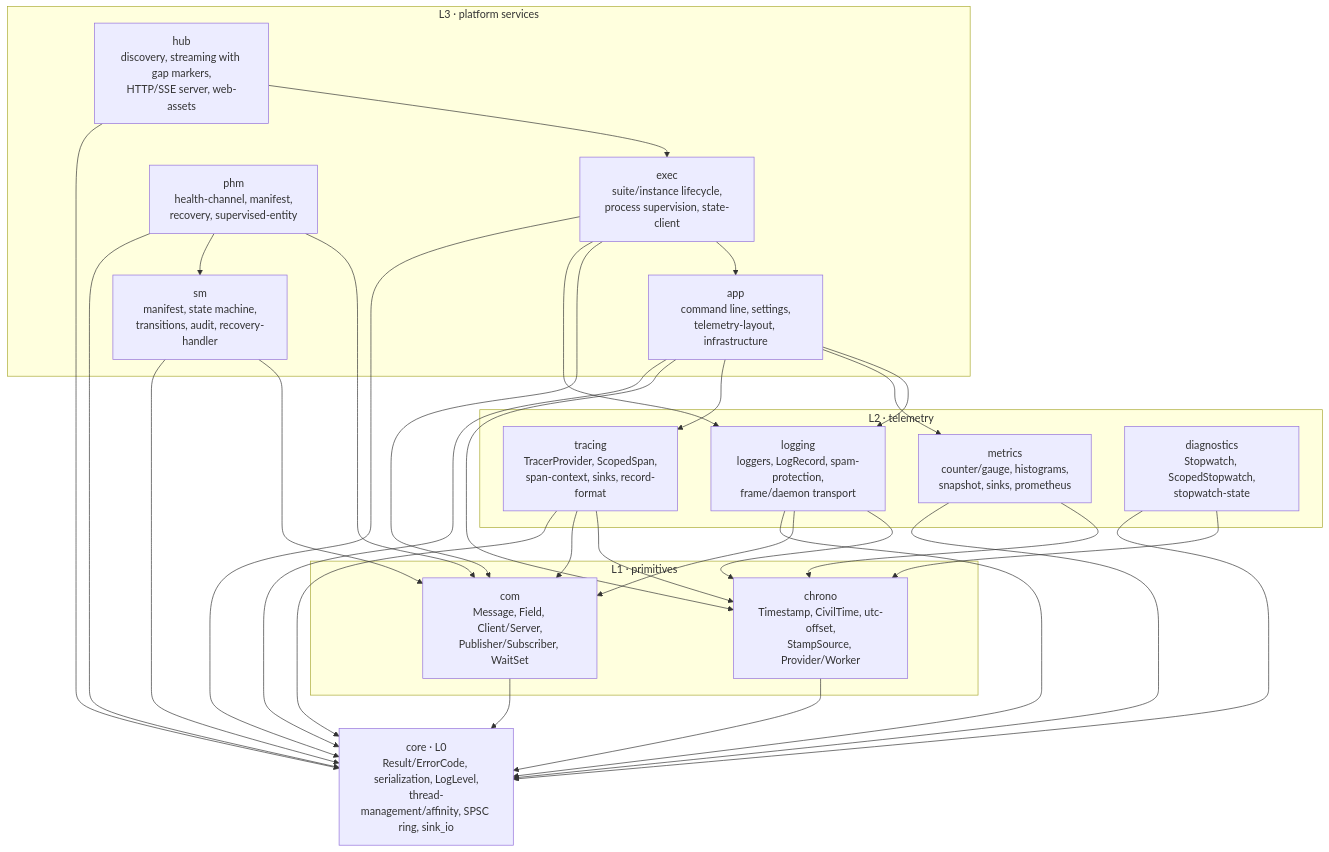
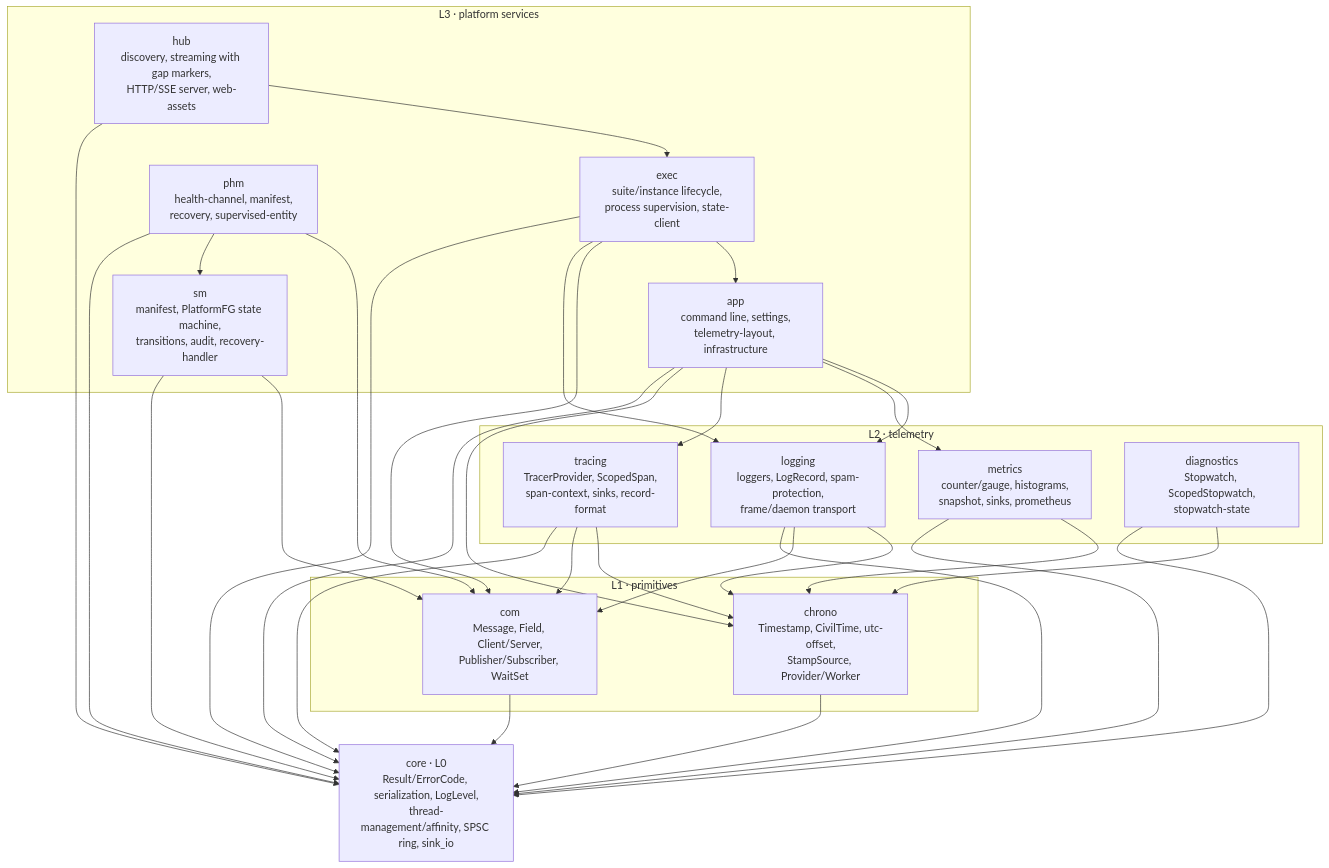
Before and after one commit to nexigen-tech/nexigen-cpp: the first of 4 diagrams in docs/architecture.md, drawn with Mermaid. The commit also changed other lines of this file and 37 other files, not shown here.

````diff
--- a/docs/architecture.md
+++ b/docs/architecture.md
@@ -78,53 +78,53 @@
 ```mermaid
 flowchart TD
     subgraph L3["L3 · platform services"]
         APP["app<br/>command line, settings,<br/>telemetry-layout, infrastructure"]
         EXEC["exec<br/>suite/instance lifecycle,<br/>process supervision, state-client"]
         HUB["hub<br/>discovery, streaming with gap markers,<br/>HTTP/SSE server, web-assets"]
         PHM["phm<br/>health-channel, manifest,<br/>recovery, supervised-entity"]
-        SM["sm<br/>manifest, state machine,<br/>transitions, audit, recovery-handler"]
+        SM["sm<br/>manifest, PlatformFG state machine,<br/>transitions, audit, recovery-handler"]
     end
 
     subgraph L2["L2 · telemetry"]
         LOG["logging<br/>loggers, LogRecord, spam-protection,<br/>frame/daemon transport"]
         MET["metrics<br/>counter/gauge, histograms,<br/>snapshot, sinks, prometheus"]
         TRC["tracing<br/>TracerProvider, ScopedSpan,<br/>span-context, sinks, record-format"]
         DIA["diagnostics<br/>Stopwatch, ScopedStopwatch,<br/>stopwatch-state"]
     end
 
     subgraph L1["L1 · primitives"]
         CHR["chrono<br/>Timestamp, CivilTime, utc-offset,<br/>StampSource, Provider/Worker"]
         COM["com<br/>Message, Field, Client/Server,<br/>Publisher/Subscriber, WaitSet"]
     end
 
     CORE["core · L0<br/>Result/ErrorCode, serialization, LogLevel,<br/>thread-management/affinity, SPSC ring, sink_io"]
 
     APP --> LOG
     APP --> MET
     APP --> TRC
     APP --> CHR
     EXEC --> APP
     EXEC --> COM
     EXEC --> LOG
     HUB --> EXEC
     PHM --> COM
     PHM --> SM
     SM --> COM
     LOG --> CHR
     LOG --> COM
     MET --> CHR
     TRC --> CHR
     TRC --> COM
     DIA --> CHR
     CHR --> CORE
     COM --> CORE
     LOG --> CORE
     MET --> CORE
     TRC --> CORE
     DIA --> CORE
     APP --> CORE
     EXEC --> CORE
     HUB --> CORE
     PHM --> CORE
     SM --> CORE
 ```
````
